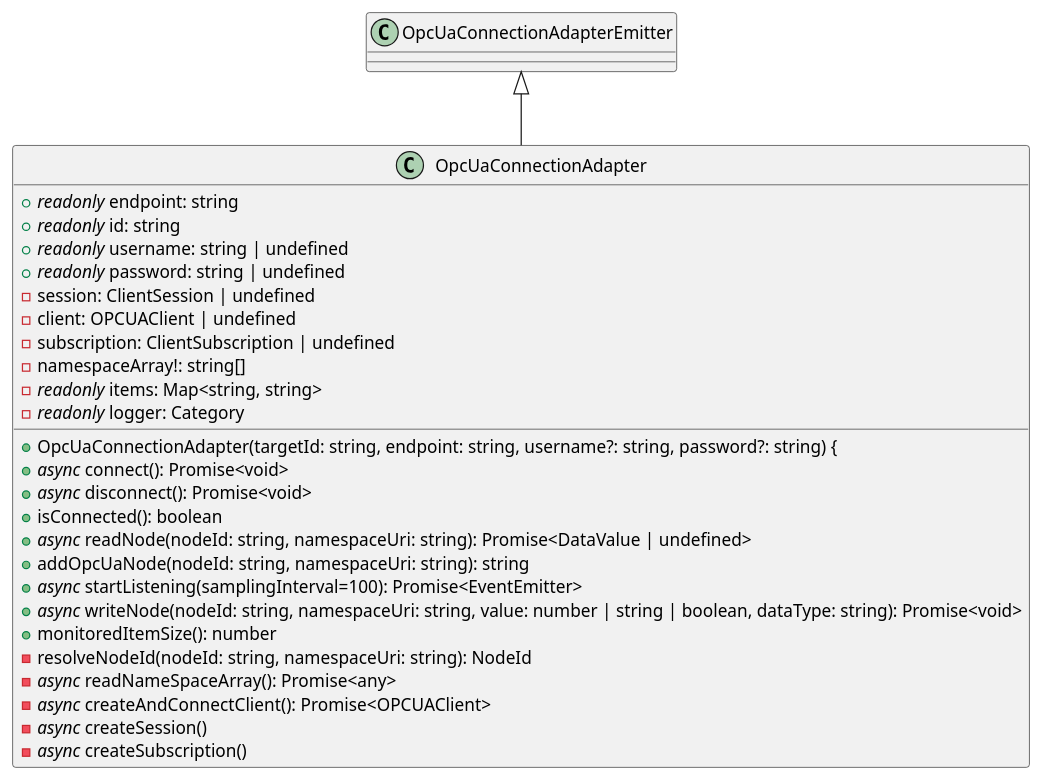
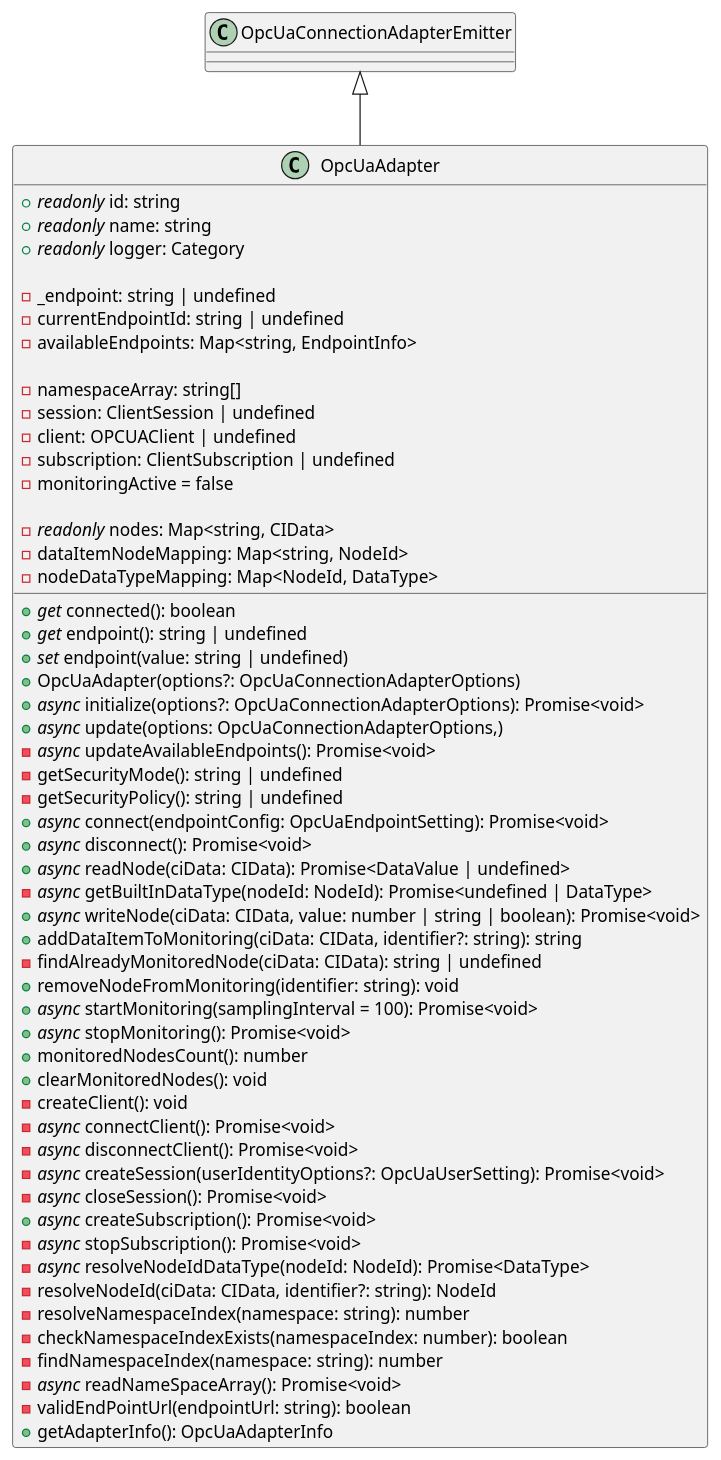
One commit to p2o-lab/polaris-backend changed the diagram in src/modularPlantManager/pea/connectionHandler/connectionAdapter/OpcUaAdapter.puml. Above: the diagram before and after it, drawn with PlantUML. The commit also changed 1 other file, not shown here.

Commit message:
updated puml (connectionHandler)

```diff
--- a/src/modularPlantManager/pea/connectionHandler/connectionAdapter/OpcUaAdapter.puml
+++ b/src/modularPlantManager/pea/connectionHandler/connectionAdapter/OpcUaAdapter.puml
@@ -26,33 +26,64 @@
 @startuml
 'https://plantuml.com/class-diagram
 
-class OpcUaConnectionAdapter{
-	+ //readonly// endpoint: string
+class OpcUaAdapter{
+
 	+ //readonly// id: string
-	+ //readonly// username: string | undefined
-    + //readonly// password: string | undefined
+	+ //readonly// name: string
+	+ //readonly// logger: Category
+
+	- _endpoint: string | undefined
+	- currentEndpointId: string | undefined
+	- availableEndpoints: Map<string, EndpointInfo>
+
+	- namespaceArray: string[]
 	- session: ClientSession | undefined
 	- client: OPCUAClient | undefined
 	- subscription: ClientSubscription | undefined
-	- namespaceArray!: string[]
-	- //readonly// items: Map<string, string>
-	- //readonly// logger: Category
+	- monitoringActive = false
 
-	+ OpcUaConnectionAdapter(targetId: string, endpoint: string, username?: string, password?: string) {
-	+ //async// connect(): Promise<void>
-    + //async// disconnect(): Promise<void>
-    + isConnected(): boolean
-    + //async// readNode(nodeId: string, namespaceUri: string): Promise<DataValue | undefined>
-    + addOpcUaNode(nodeId: string, namespaceUri: string): string
-    + //async// startListening(samplingInterval=100): Promise<EventEmitter>
-    + //async// writeNode(nodeId: string, namespaceUri: string, value: number | string | boolean, dataType: string): Promise<void>
-    + monitoredItemSize(): number
-    - resolveNodeId(nodeId: string, namespaceUri: string): NodeId
-    - //async// readNameSpaceArray(): Promise<any>
-    - //async// createAndConnectClient(): Promise<OPCUAClient>
-    - //async// createSession()
-    - //async// createSubscription()
+	- //readonly// nodes: Map<string, CIData>
+	- dataItemNodeMapping: Map<string, NodeId>
+	- nodeDataTypeMapping: Map<NodeId, DataType>
+
+	+ //get// connected(): boolean
+	+ //get// endpoint(): string | undefined
+	+ //set// endpoint(value: string | undefined)
+	+ OpcUaAdapter(options?: OpcUaConnectionAdapterOptions)
+	+ //async// initialize(options?: OpcUaConnectionAdapterOptions): Promise<void>
+	+ //async// update(options: OpcUaConnectionAdapterOptions,)
+	- //async// updateAvailableEndpoints(): Promise<void>
+	- getSecurityMode(): string | undefined
+	- getSecurityPolicy(): string | undefined
+	+ //async// connect(endpointConfig: OpcUaEndpointSetting): Promise<void>
+	+ //async// disconnect(): Promise<void>
+	+ //async// readNode(ciData: CIData): Promise<DataValue | undefined>
+	- //async// getBuiltInDataType(nodeId: NodeId): Promise<undefined | DataType>
+	+ //async// writeNode(ciData: CIData, value: number | string | boolean): Promise<void>
+	+ addDataItemToMonitoring(ciData: CIData, identifier?: string): string
+	- findAlreadyMonitoredNode(ciData: CIData): string | undefined
+	+ removeNodeFromMonitoring(identifier: string): void
+	+ //async// startMonitoring(samplingInterval = 100): Promise<void>
+	+ //async// stopMonitoring(): Promise<void>
+	+ monitoredNodesCount(): number
+	+ clearMonitoredNodes(): void
+	- createClient(): void
+	- //async// connectClient(): Promise<void>
+	- //async// disconnectClient(): Promise<void>
+	- //async// createSession(userIdentityOptions?: OpcUaUserSetting): Promise<void>
+	- //async// closeSession(): Promise<void>
+	+ //async// createSubscription(): Promise<void>
+	- //async// stopSubscription(): Promise<void>
+	- //async// resolveNodeIdDataType(nodeId: NodeId): Promise<DataType>
+	- resolveNodeId(ciData: CIData, identifier?: string): NodeId
+	- resolveNamespaceIndex(namespace: string): number
+	- checkNamespaceIndexExists(namespaceIndex: number): boolean
+	- findNamespaceIndex(namespace: string): number
+	- //async// readNameSpaceArray(): Promise<void>
+	- validEndPointUrl(endpointUrl: string): boolean
+	+ getAdapterInfo(): OpcUaAdapterInfo
+
 }
-OpcUaConnectionAdapterEmitter <|-- OpcUaConnectionAdapter
+OpcUaConnectionAdapterEmitter <|-- OpcUaAdapter
 
 @enduml
```
